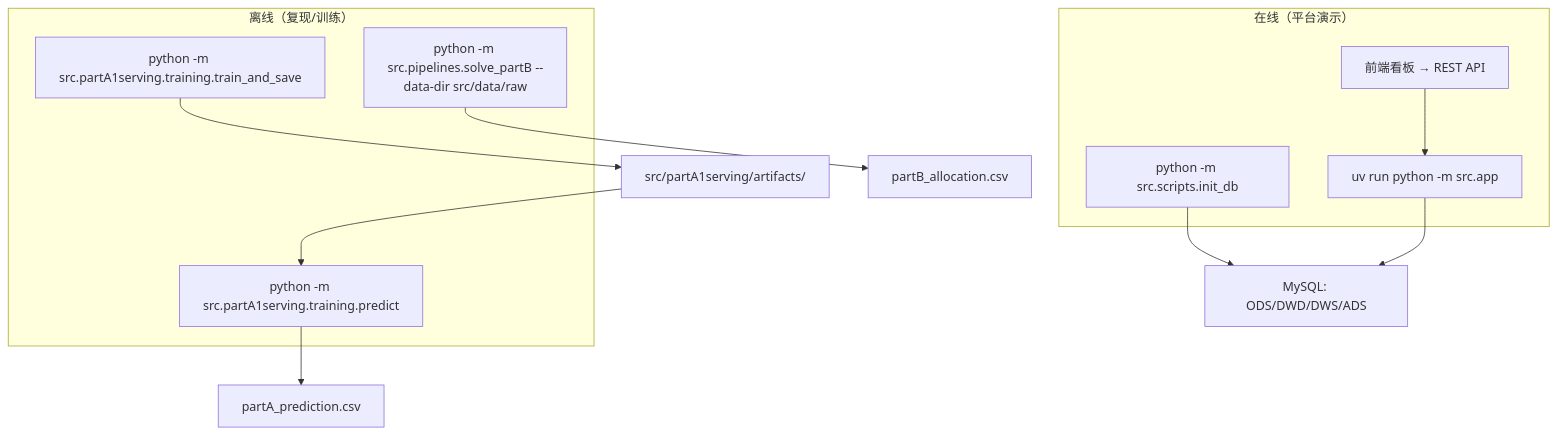
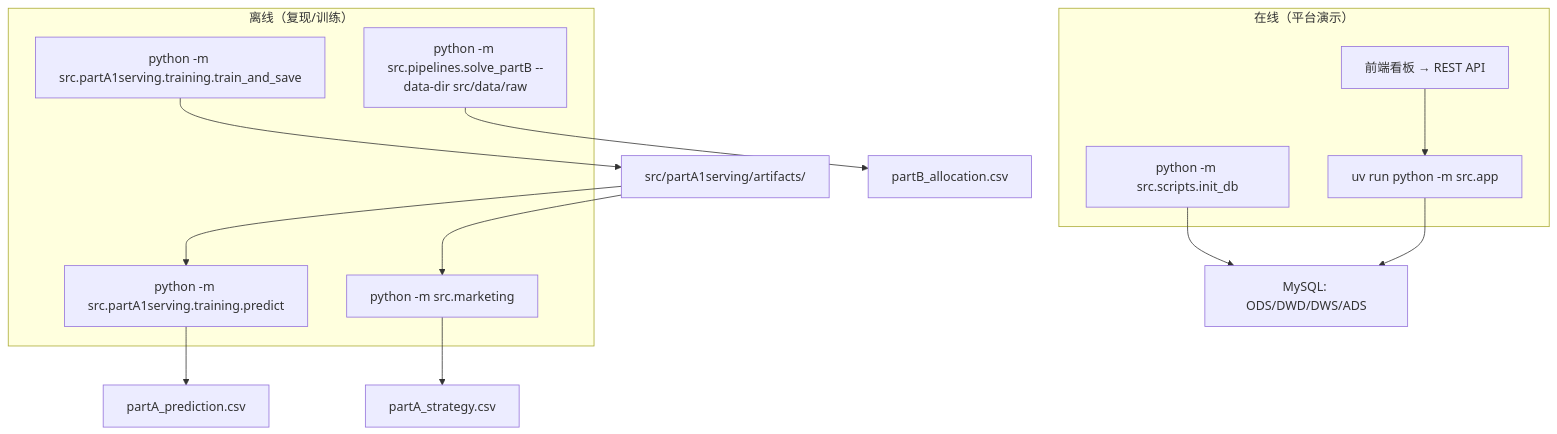
Before and after one commit to cpyh/touchCIB: the fourth of 4 diagrams in src/docs/architecture.md, drawn with Mermaid. The commit also changed other lines of this file and 25 other files, not shown here.

````diff
--- a/src/docs/architecture.md
+++ b/src/docs/architecture.md
@@ -193,20 +193,23 @@
 ```mermaid
 flowchart TB
     subgraph OFFLINE["离线（复现/训练）"]
         T1["python -m src.partA1serving.training.train_and_save"]
         T2["python -m src.partA1serving.training.predict"]
-        T3["python -m src.pipelines.solve_partB --data-dir src/data/raw"]
+        T3["python -m src.marketing"]
+        T4["python -m src.pipelines.solve_partB --data-dir src/data/raw"]
     end
     subgraph ONLINE["在线（平台演示）"]
-        T4["python -m src.scripts.init_db"]
-        T5["uv run python -m src.app"]
-        T6["前端看板 → REST API"]
+        T5["python -m src.scripts.init_db"]
+        T6["uv run python -m src.app"]
+        T7["前端看板 → REST API"]
     end
     T1 --> M["src/partA1serving/artifacts/"]
     M --> T2
+    M --> T3
     T2 --> SUB["partA_prediction.csv"]
-    T3 --> SUBB["partB_allocation.csv"]
-    T4 --> DB["MySQL: ODS/DWD/DWS/ADS"]
-    T5 --> DB
-    T6 --> T5
+    T3 --> SUBA2["partA_strategy.csv"]
+    T4 --> SUBB["partB_allocation.csv"]
+    T5 --> DB["MySQL: ODS/DWD/DWS/ADS"]
+    T6 --> DB
+    T7 --> T6
 ```
````
